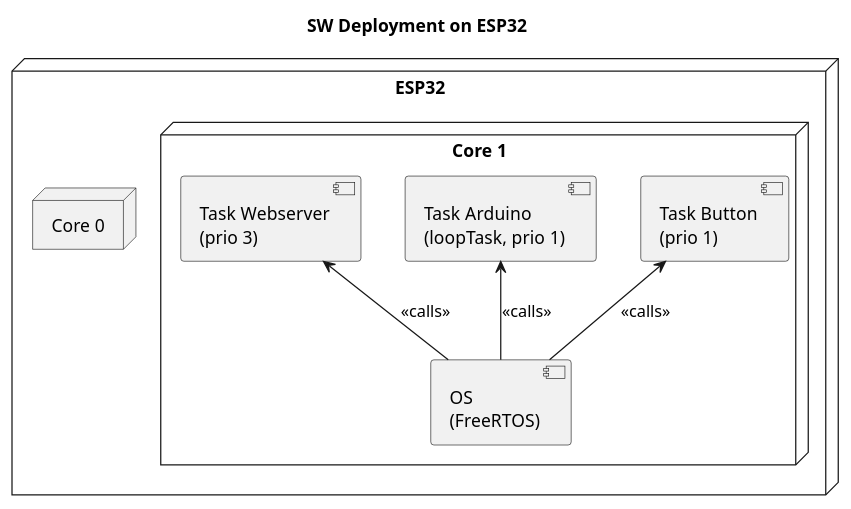
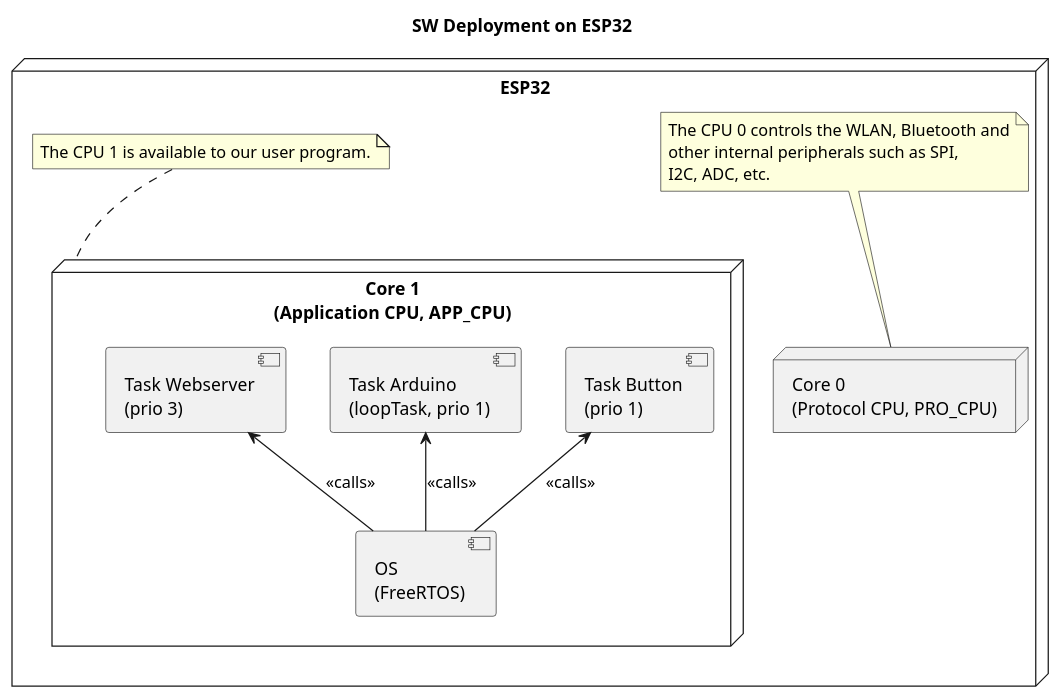
Before and after one commit to BlueAndi/Pixelix: the diagram in doc/design/sw-deployment.plantuml, drawn with PlantUML. The commit also changed 1 other file, not shown here.

Commit message:
The CPU 0 controls the WLAN, Bluetooth and other internal peripherals such as SPI, I2C, ADC, etc. and the CPU 1 is available to our user program.

```diff
--- a/doc/design/sw-deployment.plantuml
+++ b/doc/design/sw-deployment.plantuml
@@ -1,24 +1,33 @@
 @startuml
 
 title SW Deployment on ESP32
 
 node "ESP32" {
 
-    node "Core 0" {
+    node "Core 0\n(Protocol CPU, PRO_CPU)" as proCpu{
     }
     
-    node "Core 1" {
+    node "Core 1\n(Application CPU, APP_CPU)" as appCpu {
     
         component "Task Button\n(prio 1)" as taskButton
         component "Task Arduino\n(loopTask, prio 1)" as taskArduino
         component "Task Webserver\n(prio 3)" as taskWebServer
         component "OS\n(FreeRTOS)" as os
     
         taskArduino <-- os: <<calls>>
         taskButton <-- os: <<calls>>
         taskWebServer <-- os: <<calls>>
     }
 
+    note top of proCpu
+        The CPU 0 controls the WLAN, Bluetooth and
+        other internal peripherals such as SPI,
+        I2C, ADC, etc.
+    end note
+
+    note top of appCpu
+        The CPU 1 is available to our user program.
+    end note
 }
 
 @enduml
```
